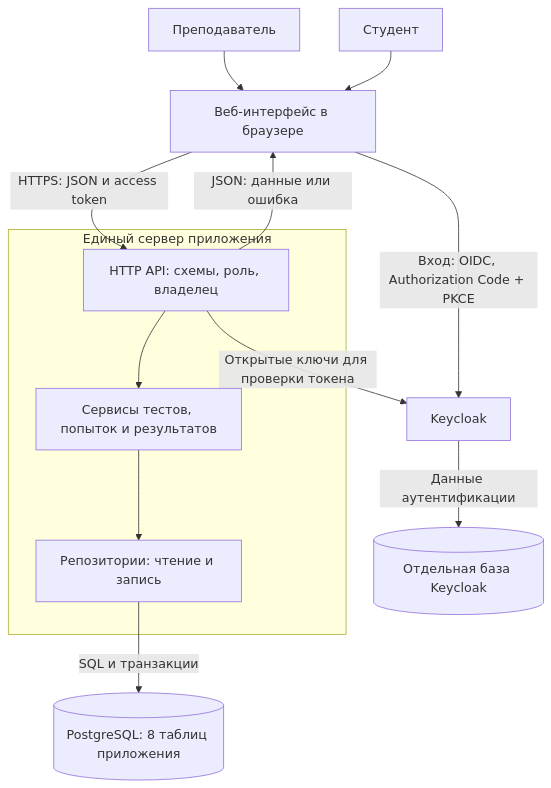
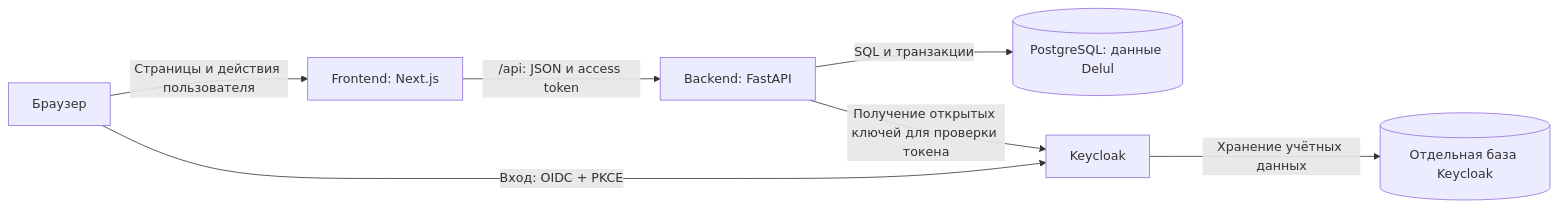
Before and after one commit to svetlanashegay-commits/Delul: the diagram in docs/architecture.md, drawn with Mermaid. The commit also changed other lines of this file, not shown here.

````diff
--- a/docs/architecture.md
+++ b/docs/architecture.md
@@ -23,15 +7,9 @@
 ```mermaid
-flowchart TD
-    Teacher["Преподаватель"] --> UI["Веб-интерфейс в браузере"]
-    Student["Студент"] --> UI
-    UI -->|"Вход: OIDC, Authorization Code + PKCE"| Auth["Keycloak"]
-    Auth -->|"Данные аутентификации"| AuthDB[("Отдельная база Keycloak")]
-    UI -->|"HTTPS: JSON и access token"| API
-    API -->|"Открытые ключи для проверки токена"| Auth
-    subgraph App["Единый сервер приложения"]
-        API["HTTP API: схемы, роль, владелец"] --> Services["Сервисы тестов, попыток и результатов"]
-        Services --> Repos["Репозитории: чтение и запись"]
-    end
-    Repos -->|"SQL и транзакции"| DB[("PostgreSQL: 8 таблиц приложения")]
-    API -->|"JSON: данные или ошибка"| UI
+flowchart LR
+    B["Браузер"] -->|"Страницы и действия пользователя"| W["Frontend: Next.js"]
+    W -->|"/api: JSON и access token"| A["Backend: FastAPI"]
+    A -->|"SQL и транзакции"| P[("PostgreSQL: данные Delul")]
+    B -->|"Вход: OIDC + PKCE"| K["Keycloak"]
+    A -->|"Получение открытых ключей для проверки токена"| K
+    K -->|"Хранение учётных данных"| D[("Отдельная база Keycloak")]
 ```
````
